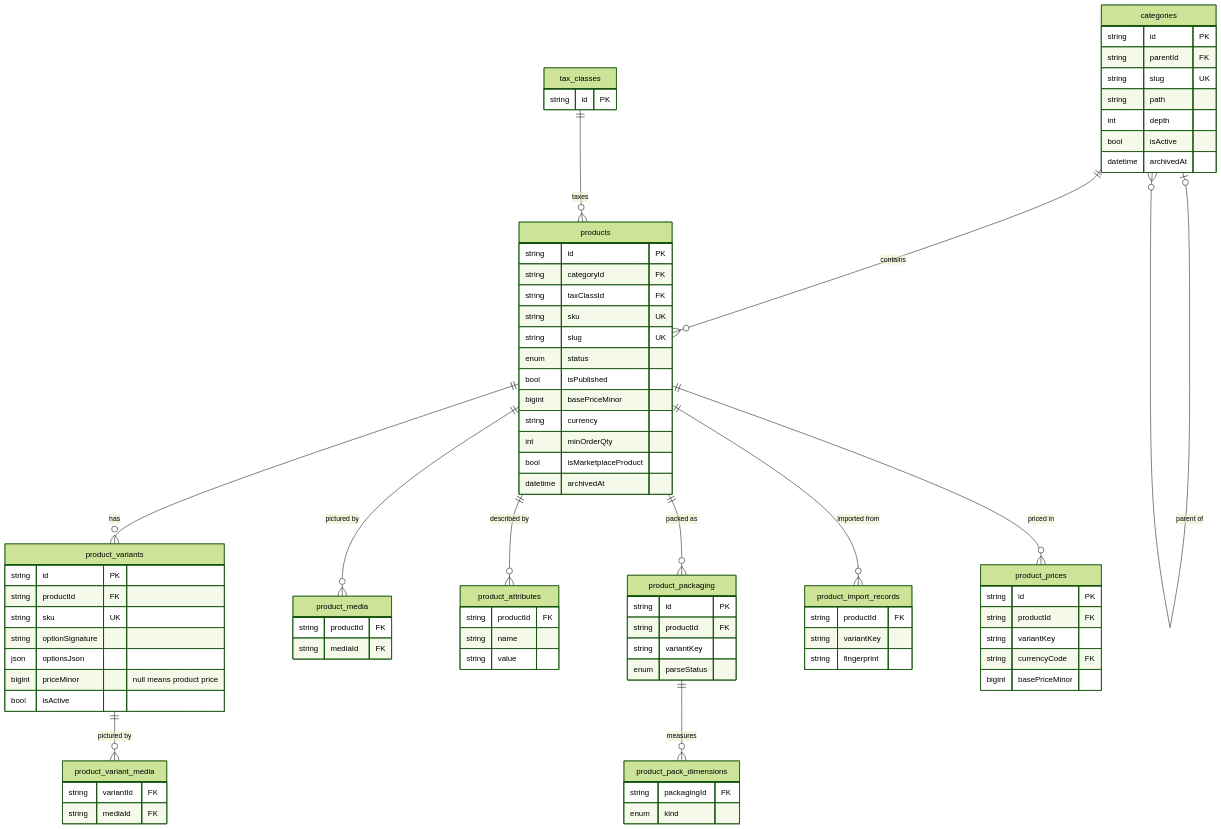
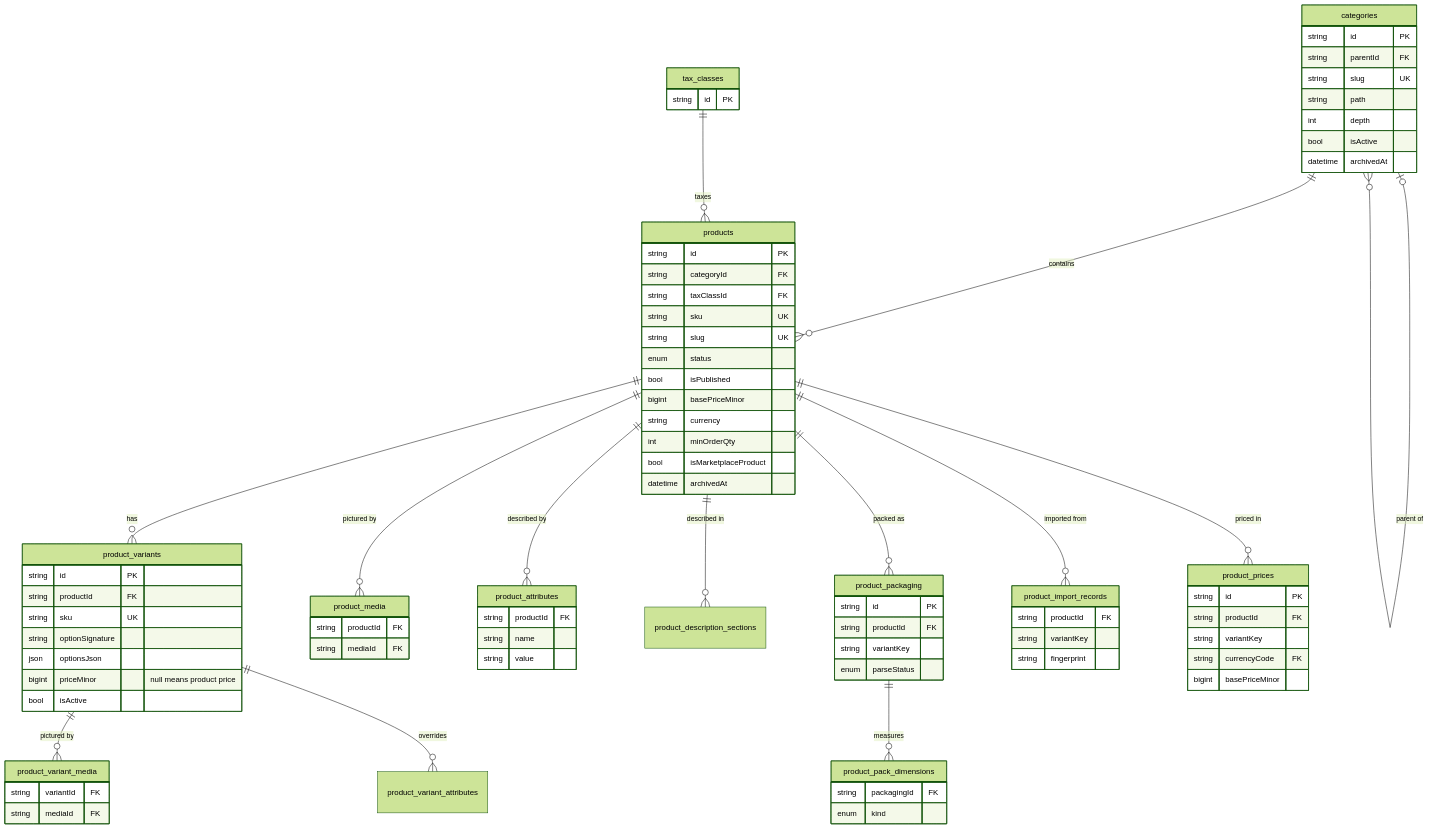
One commit to UBoss-AI/UBoss-Sourcing changed the fourth of 39 diagrams in docs/DATABASE-DESIGN.md. Above: the diagram before and after it, drawn with Mermaid (forest theme). The commit also changed other lines of this file and 236 other files, not shown here.

```diff
--- a/docs/DATABASE-DESIGN.md
+++ b/docs/DATABASE-DESIGN.md
@@ -944,6 +970,8 @@
     products ||--o{ product_media : "pictured by"
     product_variants ||--o{ product_variant_media : "pictured by"
     products ||--o{ product_attributes : "described by"
+    product_variants ||--o{ product_variant_attributes : "overrides"
+    products ||--o{ product_description_sections : "described in"
     products ||--o{ product_packaging : "packed as"
     product_packaging ||--o{ product_pack_dimensions : "measures"
     products ||--o{ product_import_records : "imported from"
```
